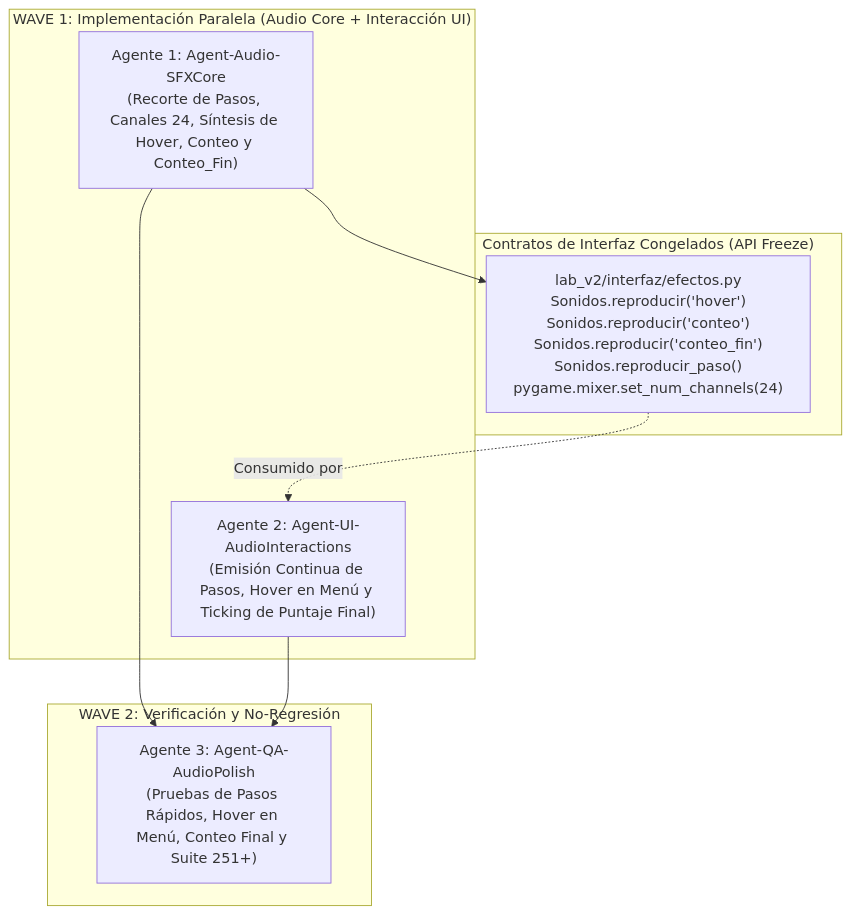
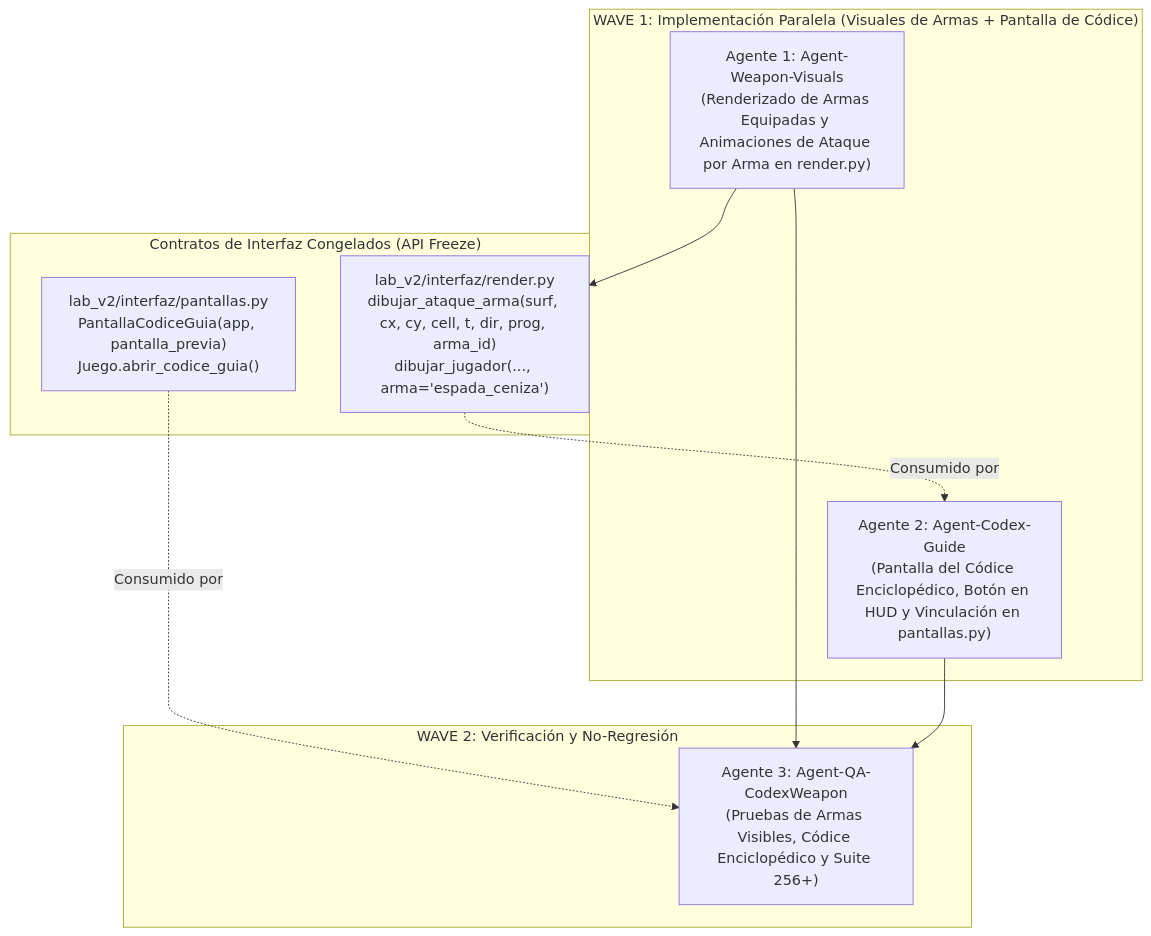
One commit to Montoyaescobar/Un-juego-sobre-un-laberinto changed the diagram in TASKS.md. Above: the diagram before and after it, drawn with Mermaid. The commit also changed other lines of this file and 14 other files, not shown here.

Commit message:
Creacion de plan de implementacion para solucionar bug de las armas del jugadorr y agregar un codice de informacion al gameplay

````diff
--- a/TASKS.md
+++ b/TASKS.md
@@ -34,20 +49,22 @@
 ```mermaid
 graph TD
-    subgraph "WAVE 1: Implementación Paralela (Audio Core + Interacción UI)"
-        A1["Agente 1: Agent-Audio-SFXCore<br/>(Recorte de Pasos, Canales 24, Síntesis de Hover, Conteo y Conteo_Fin)"]
-        A2["Agente 2: Agent-UI-AudioInteractions<br/>(Emisión Continua de Pasos, Hover en Menú y Ticking de Puntaje Final)"]
+    subgraph "WAVE 1: Implementación Paralela (Visuales de Armas + Pantalla de Códice)"
+        A1["Agente 1: Agent-Weapon-Visuals<br/>(Renderizado de Armas Equipadas y Animaciones de Ataque por Arma en render.py)"]
+        A2["Agente 2: Agent-Codex-Guide<br/>(Pantalla del Códice Enciclopédico, Botón en HUD y Vinculación en pantallas.py)"]
     end
 
     subgraph "Contratos de Interfaz Congelados (API Freeze)"
-        C1["lab_v2/interfaz/efectos.py<br/>Sonidos.reproducir('hover')<br/>Sonidos.reproducir('conteo')<br/>Sonidos.reproducir('conteo_fin')<br/>Sonidos.reproducir_paso()<br/>pygame.mixer.set_num_channels(24)"]
+        C1["lab_v2/interfaz/render.py<br/>dibujar_ataque_arma(surf, cx, cy, cell, t, dir, prog, arma_id)<br/>dibujar_jugador(..., arma='espada_ceniza')"]
+        C2["lab_v2/interfaz/pantallas.py<br/>PantallaCodiceGuia(app, pantalla_previa)<br/>Juego.abrir_codice_guia()"]
     end
 
     subgraph "WAVE 2: Verificación y No-Regresión"
-        A3["Agente 3: Agent-QA-AudioPolish<br/>(Pruebas de Pasos Rápidos, Hover en Menú, Conteo Final y Suite 251+)"]
+        A3["Agente 3: Agent-QA-CodexWeapon<br/>(Pruebas de Armas Visibles, Códice Enciclopédico y Suite 256+)"]
     end
 
     A1 --> C1
     C1 -. Consumido por .-> A2
+    C2 -. Consumido por .-> A3
     A1 --> A3
     A2 --> A3
 ```
````
